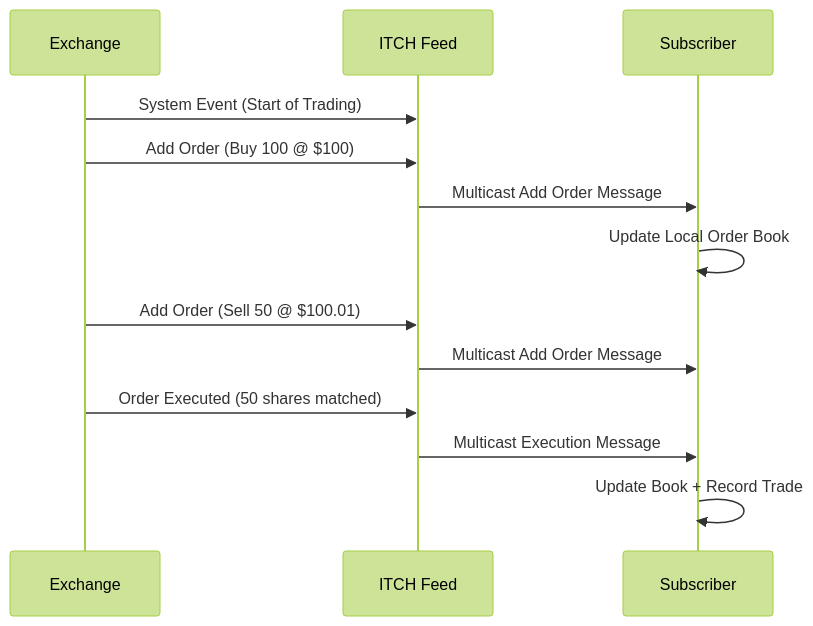
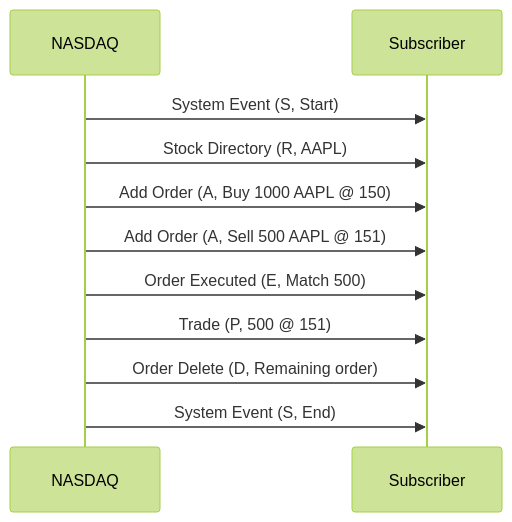
The diagram in protocols/itch-protocol/README.md (VrushankPatel/interview-matters), drawn with Mermaid (forest theme) before and after one commit. The commit also changed other lines of this file and 30 other files, not shown here.

Commit message:
kb: processed 5 topics (FIX Protocol, ITCH Protocol, OUCH Protocol, Market Data, Order Entry Protocols) + restructured trading categories to top-level + fixed links and updated indexes

````diff
--- a/protocols/itch-protocol/README.md
+++ b/protocols/itch-protocol/README.md
@@ -91,16 +72,14 @@
 ```mermaid
 sequenceDiagram
-    participant Exchange
-    participant ITCH Feed
-    participant Subscriber
+    participant N as NASDAQ
+    participant S as Subscriber
 
-    Exchange->>ITCH Feed: System Event (Start of Trading)
-    Exchange->>ITCH Feed: Add Order (Buy 100 @ $100)
-    ITCH Feed->>Subscriber: Multicast Add Order Message
-    Subscriber->>Subscriber: Update Local Order Book
-    Exchange->>ITCH Feed: Add Order (Sell 50 @ $100.01)
-    ITCH Feed->>Subscriber: Multicast Add Order Message
-    Exchange->>ITCH Feed: Order Executed (50 shares matched)
-    ITCH Feed->>Subscriber: Multicast Execution Message
-    Subscriber->>Subscriber: Update Book + Record Trade
+    N->>S: System Event (S, Start)
+    N->>S: Stock Directory (R, AAPL)
+    N->>S: Add Order (A, Buy 1000 AAPL @ 150)
+    N->>S: Add Order (A, Sell 500 AAPL @ 151)
+    N->>S: Order Executed (E, Match 500)
+    N->>S: Trade (P, 500 @ 151)
+    N->>S: Order Delete (D, Remaining order)
+    N->>S: System Event (S, End)
 ```
````
